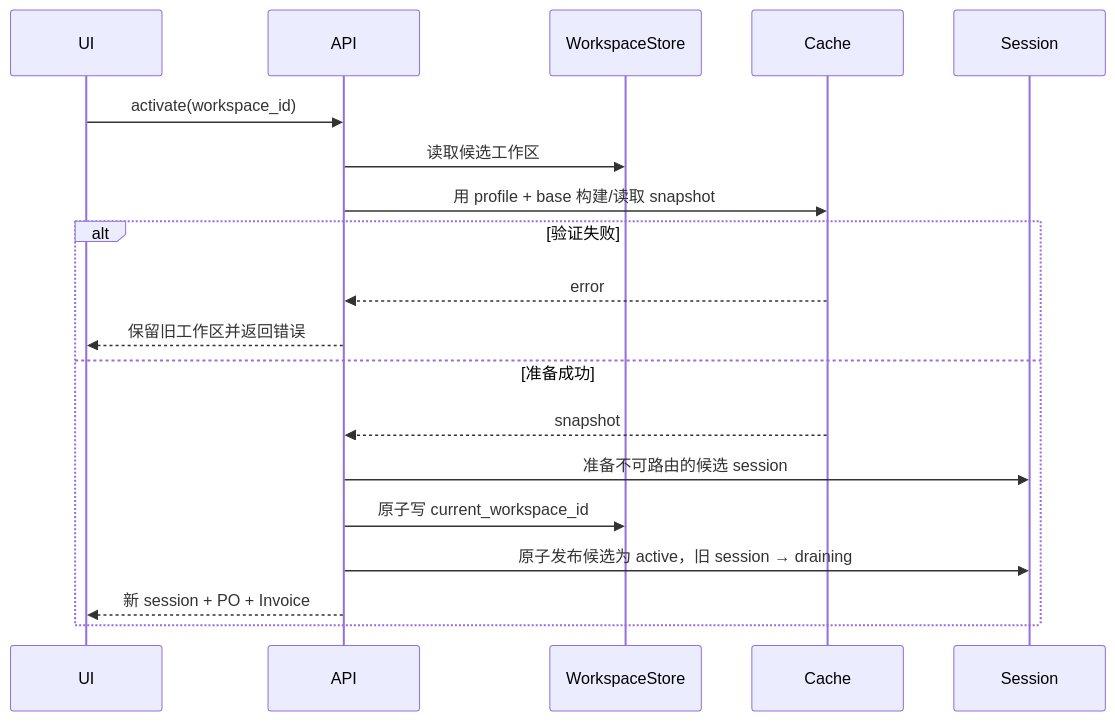
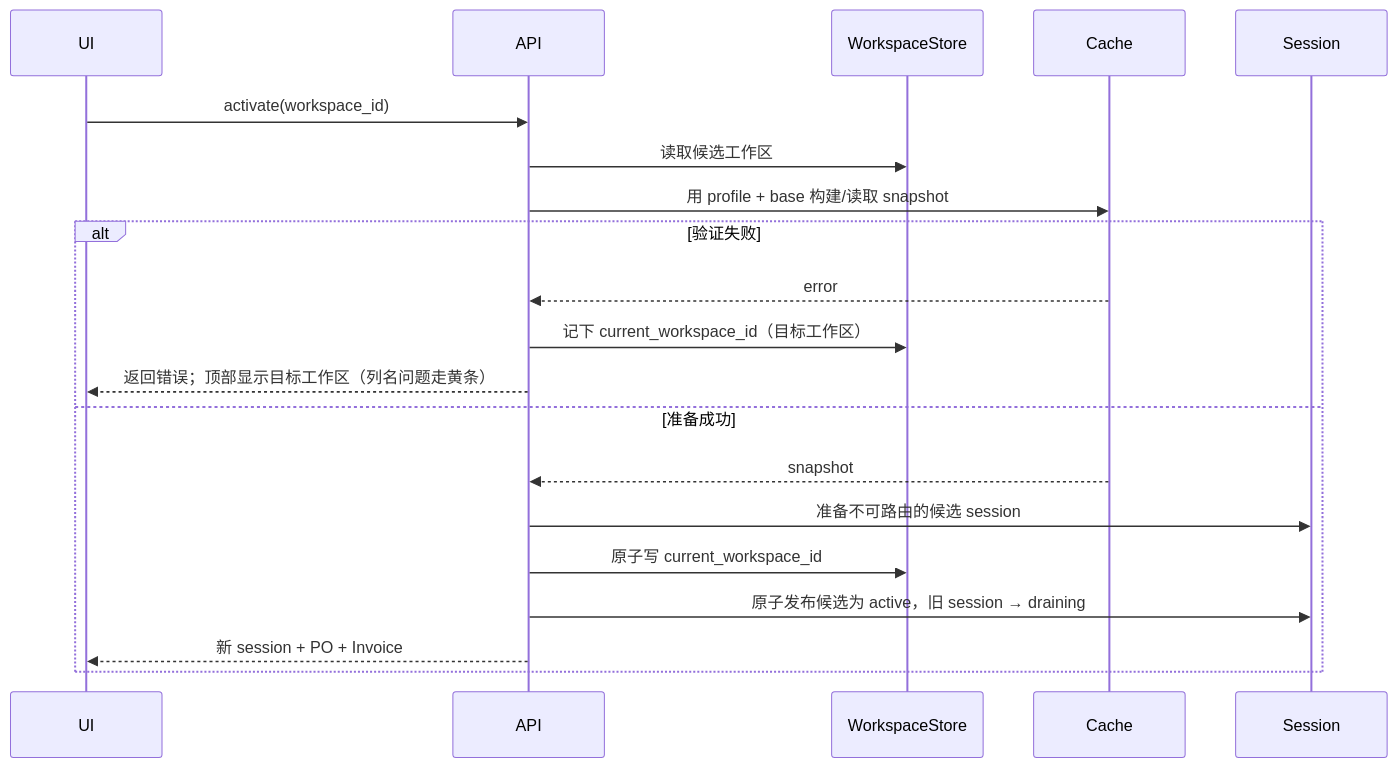
One commit to tonycc/ro-reader changed the second of 2 diagrams in docs/product/multi-customer-workspace-design.md. Above: the diagram before and after it, drawn with Mermaid. The commit also changed other lines of this file and 42 other files, not shown here.

First line of the commit message:
feat: add schema repair store and inspection module

````diff
--- a/docs/product/multi-customer-workspace-design.md
+++ b/docs/product/multi-customer-workspace-design.md
@@ -344,22 +344,23 @@
 ```mermaid
 sequenceDiagram
     participant UI
     participant API
     participant Store as WorkspaceStore
     participant Cache
     participant Session
 
     UI->>API: activate(workspace_id)
     API->>Store: 读取候选工作区
     API->>Cache: 用 profile + base 构建/读取 snapshot
     alt 验证失败
         Cache-->>API: error
-        API-->>UI: 保留旧工作区并返回错误
+        API->>Store: 记下 current_workspace_id（目标工作区）
+        API-->>UI: 返回错误；顶部显示目标工作区（列名问题走黄条）
     else 准备成功
         Cache-->>API: snapshot
         API->>Session: 准备不可路由的候选 session
         API->>Store: 原子写 current_workspace_id
         API->>Session: 原子发布候选为 active，旧 session → draining
         API-->>UI: 新 session + PO + Invoice
     end
 ```
````
